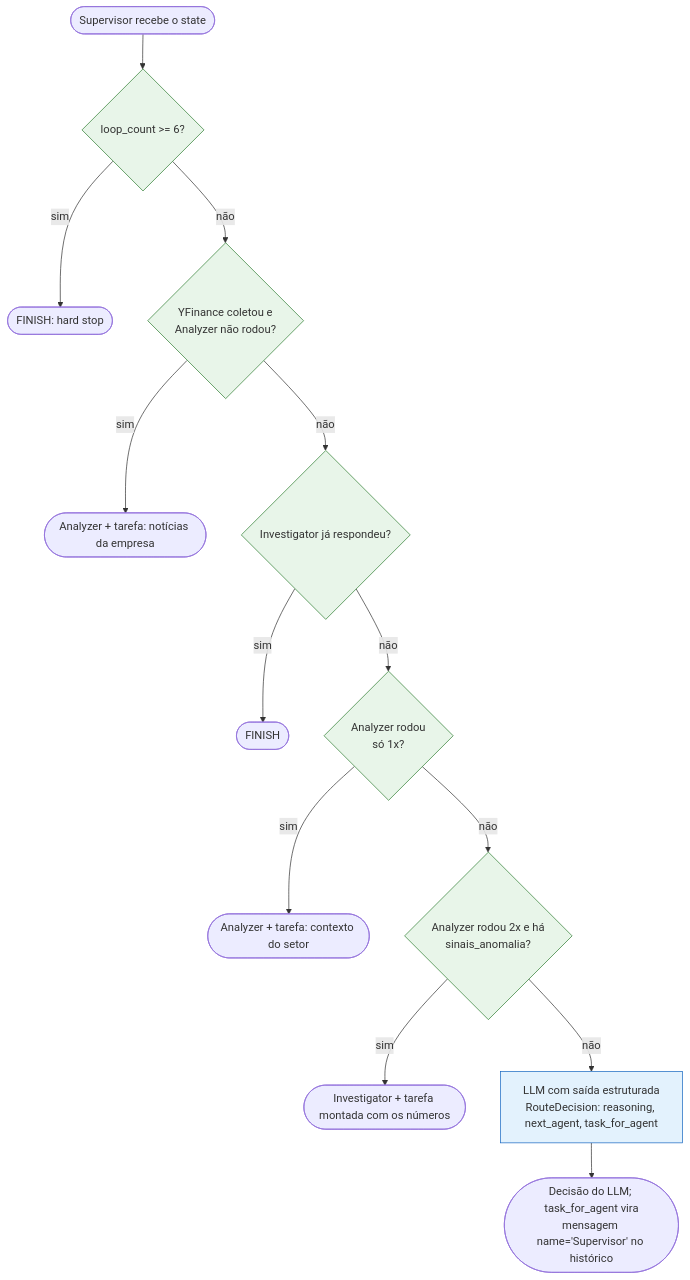
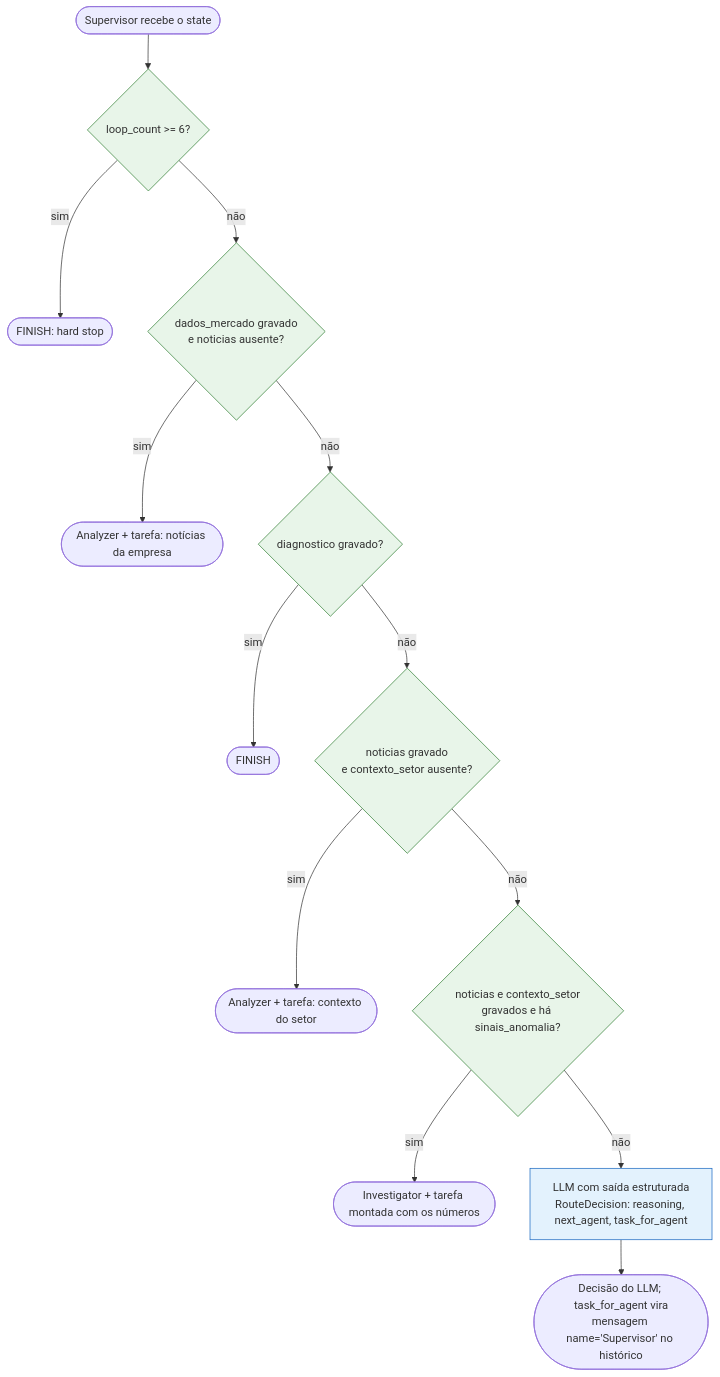
The second of 6 diagrams in docs/arquitetura.md (igorc22/pipeline-inteligencia-financeira-b3), drawn with Mermaid before and after one commit. The commit also changed other lines of this file and 1 other file, not shown here.

````diff
--- a/docs/arquitetura.md
+++ b/docs/arquitetura.md
@@ -68,20 +70,20 @@
 ```mermaid
 flowchart TD
     E(["Supervisor recebe o state"]) --> H{"loop_count >= 6?"}
     H -->|sim| FIN1(["FINISH: hard stop"])
-    H -->|não| G1{"YFinance coletou e<br/>Analyzer não rodou?"}
+    H -->|não| G1{"dados_mercado gravado<br/>e noticias ausente?"}
     G1 -->|sim| AN(["Analyzer + tarefa: notícias da empresa"])
-    G1 -->|não| G2{"Investigator já respondeu?"}
+    G1 -->|não| G2{"diagnostico gravado?"}
     G2 -->|sim| FIN2(["FINISH"])
-    G2 -->|não| G4{"Analyzer rodou<br/>só 1x?"}
+    G2 -->|não| G4{"noticias gravado<br/>e contexto_setor ausente?"}
     G4 -->|sim| SET(["Analyzer + tarefa: contexto do setor"])
-    G4 -->|não| G3{"Analyzer rodou 2x e há<br/>sinais_anomalia?"}
+    G4 -->|não| G3{"noticias e contexto_setor<br/>gravados e há sinais_anomalia?"}
     G3 -->|sim| INV(["Investigator + tarefa montada com os números"])
     G3 -->|não| LLM["LLM com saída estruturada<br/>RouteDecision: reasoning, next_agent, task_for_agent"]
     LLM --> D(["Decisão do LLM; task_for_agent vira<br/>mensagem name='Supervisor' no histórico"])
 
     classDef guard fill:#e8f5e9,stroke:#2e7d32
     classDef llm fill:#e3f2fd,stroke:#1565c0
     class H,G1,G2,G4,G3 guard
     class LLM llm
 ```
````
